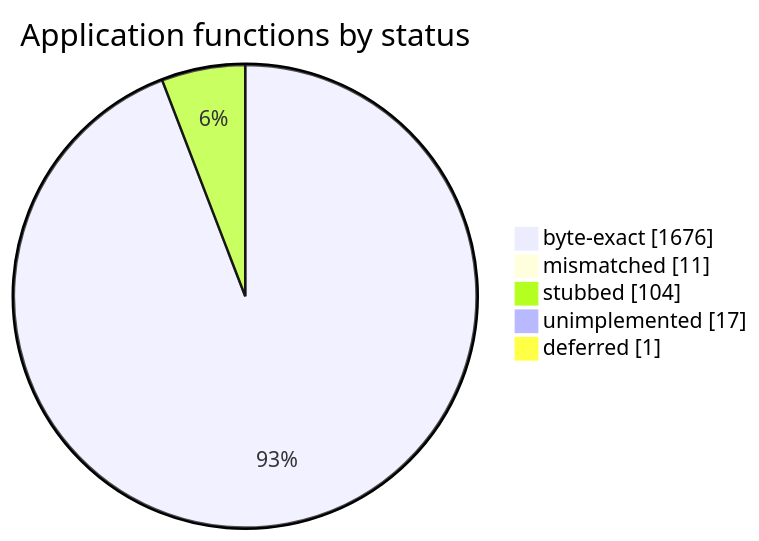
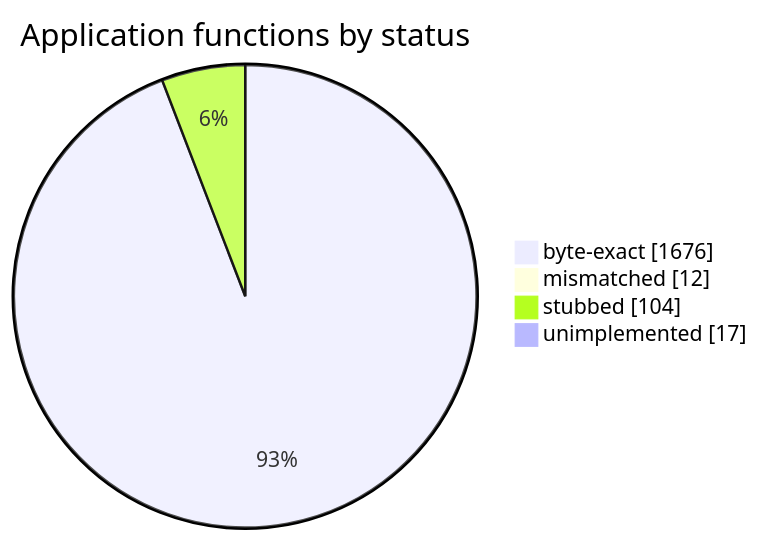
The diagram in README.md (sorokya/eos), drawn with Mermaid before and after one commit. The commit also changed other lines of this file and 1 other file, not shown here.

First line of the commit message:
track: Player_HandlePacket is in progress, not deferred

````diff
--- a/README.md
+++ b/README.md
@@ -154,9 +154,8 @@
 ```mermaid
 pie showData
     title Application functions by status
     "byte-exact" : 1676
-    "mismatched" : 11
+    "mismatched" : 12
     "stubbed" : 104
     "unimplemented" : 17
-    "deferred" : 1
 ```
````
